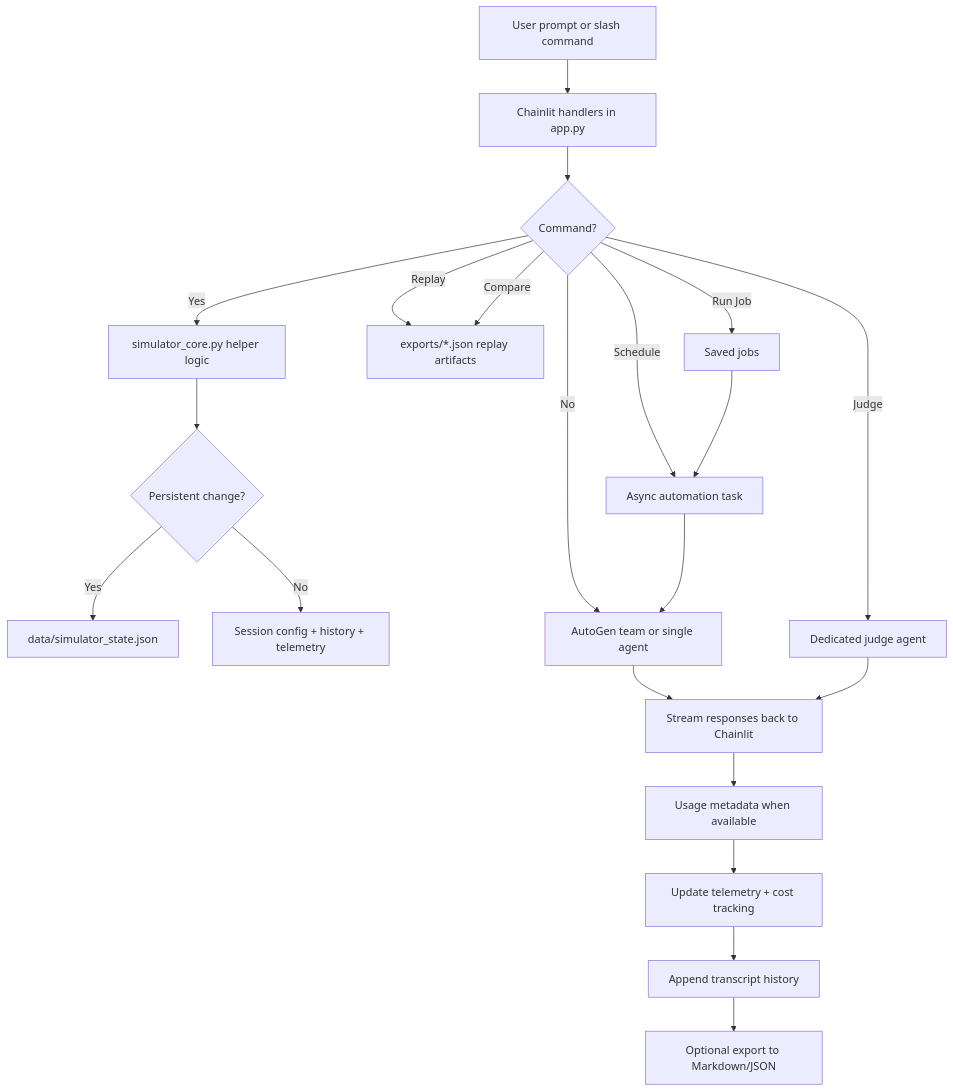
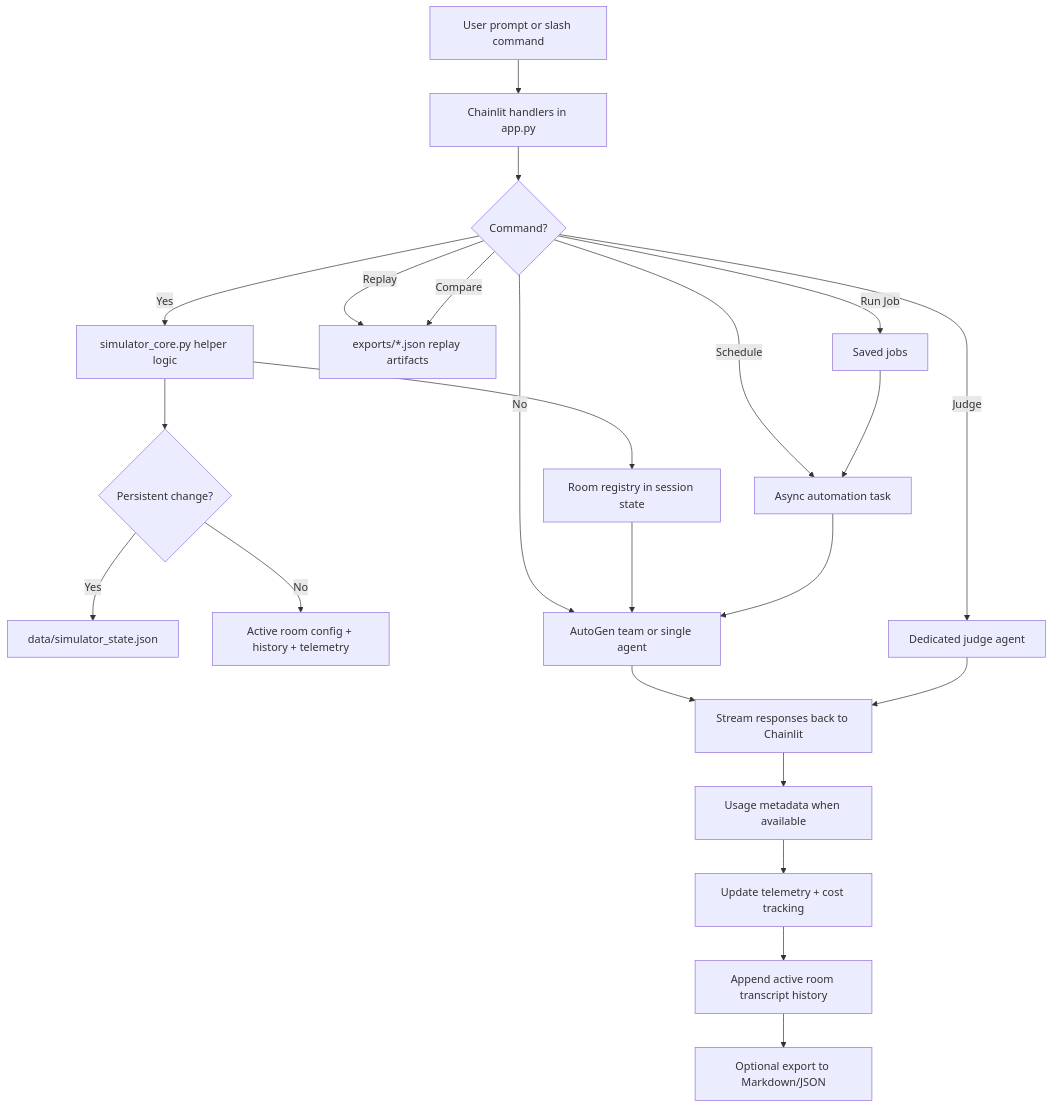
The diagram in docs/ai/design/simulator-operations.md (robertpelloni/agentirc), drawn with Mermaid before and after one commit. The commit also changed other lines of this file and 10 other files, not shown here.

Commit message:
feat: add multi-room session support

````diff
--- a/docs/ai/design/simulator-operations.md
+++ b/docs/ai/design/simulator-operations.md
@@ -44,23 +52,25 @@
 ```mermaid
 flowchart TD
     User[User prompt or slash command] --> CL[Chainlit handlers in app.py]
     CL --> Cmd{Command?}
     Cmd -- Yes --> Core[simulator_core.py helper logic]
+    Core --> Rooms[Room registry in session state]
     Core --> Persist{Persistent change?}
     Persist -- Yes --> State[data/simulator_state.json]
-    Persist -- No --> Session[Session config + history + telemetry]
+    Persist -- No --> Session[Active room config + history + telemetry]
     Cmd -- Replay --> Exports[exports/*.json replay artifacts]
     Cmd -- Compare --> Exports
     Cmd -- Schedule --> Task[Async automation task]
     Cmd -- Run Job --> Jobs[Saved jobs]
     Cmd -- Judge --> Judge[Dedicated judge agent]
     Cmd -- No --> Team[AutoGen team or single agent]
+    Rooms --> Team
     Jobs --> Task
     Task --> Team
     Team --> Stream[Stream responses back to Chainlit]
     Judge --> Stream
     Stream --> Usage[Usage metadata when available]
     Usage --> Telemetry[Update telemetry + cost tracking]
-    Telemetry --> History[Append transcript history]
+    Telemetry --> History[Append active room transcript history]
     History --> Export[Optional export to Markdown/JSON]
 ```
````
